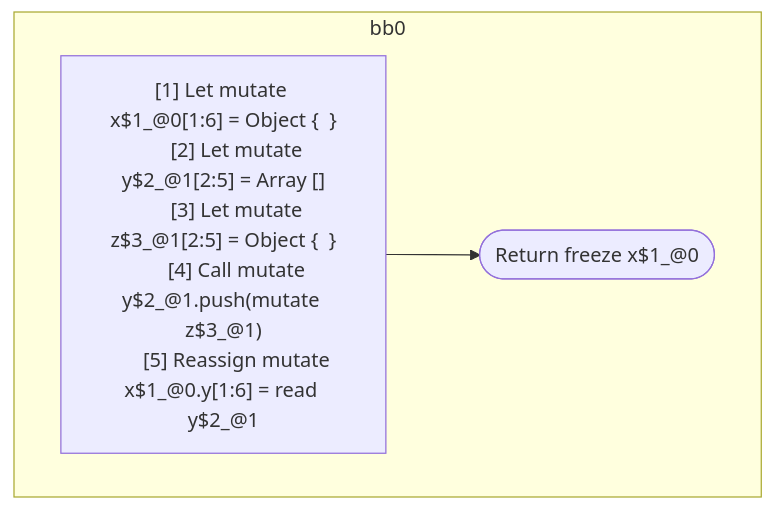
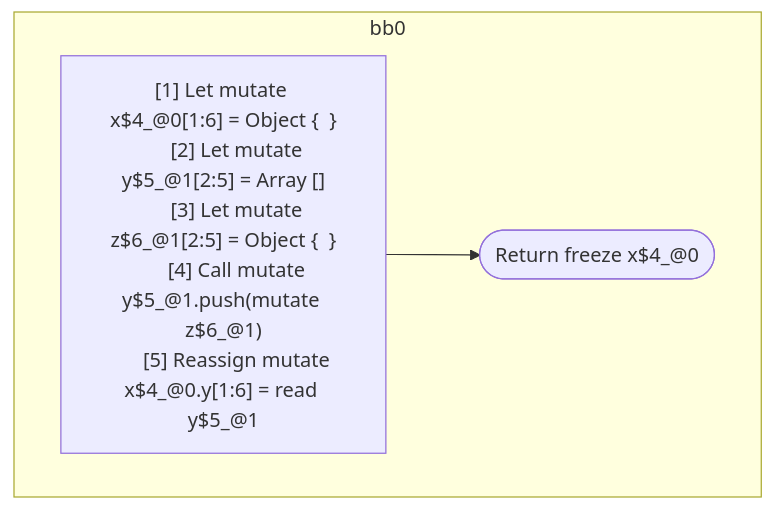
One commit to wutsmog/private changed the diagram in compiler/forget/src/__tests__/fixtures/hir/reactive-scope-grouping.expect.md. Above: the diagram before and after it, drawn with Mermaid. The commit also changed other lines of this file and 59 other files, not shown here.

````diff
--- a/compiler/forget/src/__tests__/fixtures/hir/reactive-scope-grouping.expect.md
+++ b/compiler/forget/src/__tests__/fixtures/hir/reactive-scope-grouping.expect.md
@@ -31,17 +31,17 @@
 ```mermaid
 flowchart TB
   %% Basic Blocks
   subgraph bb0
     bb0_instrs["
-      [1] Let mutate x$1_@0[1:6] = Object {  }
-      [2] Let mutate y$2_@1[2:5] = Array []
-      [3] Let mutate z$3_@1[2:5] = Object {  }
-      [4] Call mutate y$2_@1.push(mutate z$3_@1)
-      [5] Reassign mutate x$1_@0.y[1:6] = read y$2_@1
+      [1] Let mutate x$4_@0[1:6] = Object {  }
+      [2] Let mutate y$5_@1[2:5] = Array []
+      [3] Let mutate z$6_@1[2:5] = Object {  }
+      [4] Call mutate y$5_@1.push(mutate z$6_@1)
+      [5] Reassign mutate x$4_@0.y[1:6] = read y$5_@1
     "]
-    bb0_instrs --> bb0_terminal(["Return freeze x$1_@0"])
+    bb0_instrs --> bb0_terminal(["Return freeze x$4_@0"])
   end
 
   %% Jumps
   %% empty
 ```
````
